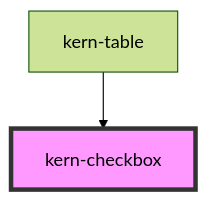
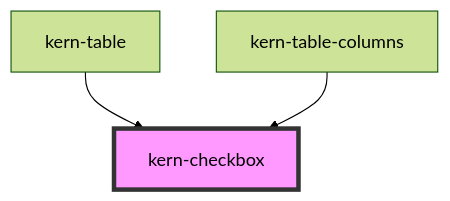
Before and after one commit to yfridelance/kern: the diagram in src/components/kern-checkbox/readme.md, drawn with Mermaid (forest theme). The commit also changed other lines of this file and 21 other files, not shown here.

First line of the commit message:
kern-table: Spaltenzustand und kern-table-columns

````diff
--- a/src/components/kern-checkbox/readme.md
+++ b/src/components/kern-checkbox/readme.md
@@ -101,5 +102,6 @@
 ```mermaid
 graph TD;
   kern-table --> kern-checkbox
+  kern-table-columns --> kern-checkbox
   style kern-checkbox fill:#f9f,stroke:#333,stroke-width:4px
 ```
````
